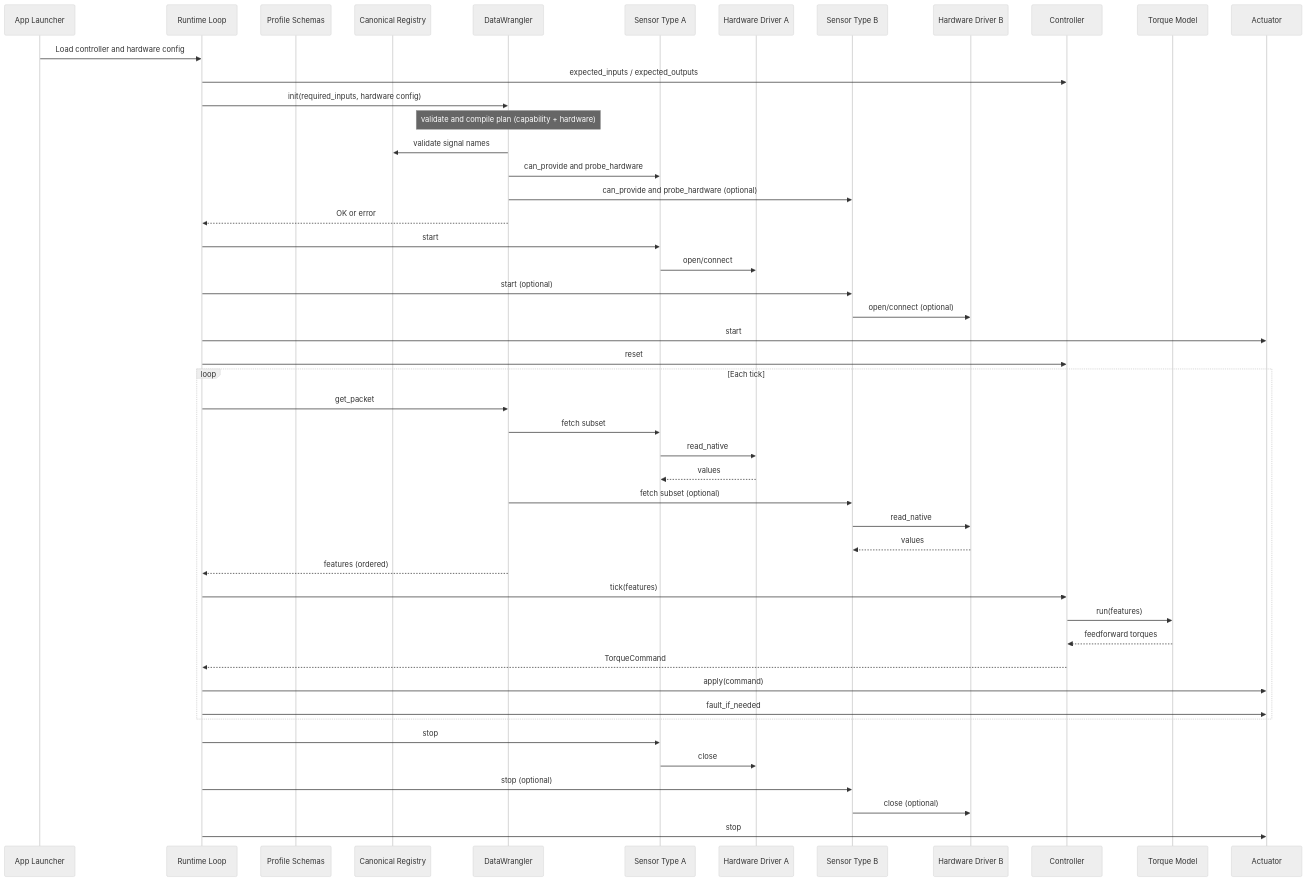
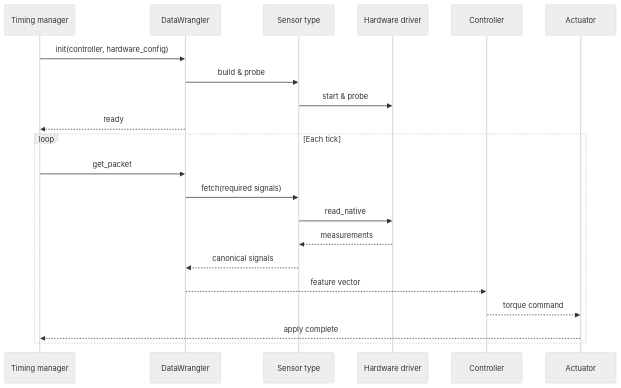
The fifth of 7 diagrams in docs/architecture.md (jmontp/raspberry-pi-controller-runtime), drawn with Mermaid (neutral theme) before and after one commit. The commit also changed other lines of this file, not shown here.

Commit message:
docs: document timing manager in architecture flow

````diff
--- a/docs/architecture.md
+++ b/docs/architecture.md
@@ -178,56 +187,25 @@
 ```mermaid
 sequenceDiagram
-    participant App as App Launcher
-    participant Runtime as Runtime Loop
-    participant Profile as Profile Schemas
-    participant Registry as Canonical Registry
+    participant Timing as Timing manager
     participant Wrangler as DataWrangler
-    participant SensorA as Sensor Type A
-    participant DriverA as Hardware Driver A
-    participant SensorB as Sensor Type B
-    participant DriverB as Hardware Driver B
-    participant Ctl as Controller
-    participant Model as Torque Model
-    participant Act as Actuator
+    participant Sensor as Sensor type
+    participant Driver as Hardware driver
+    participant Controller as Controller
+    participant Actuator as Actuator
 
-    App->>Runtime: Load controller and hardware config
-    Runtime->>Ctl: expected_inputs / expected_outputs
-    Runtime->>Wrangler: init(required_inputs, hardware config)
-
-    Note over Wrangler: validate and compile plan (capability + hardware)
-    Wrangler->>Registry: validate signal names
-    Wrangler->>SensorA: can_provide and probe_hardware
-    Wrangler->>SensorB: can_provide and probe_hardware (optional)
-    Wrangler-->>Runtime: OK or error
-
-    Runtime->>SensorA: start
-    SensorA->>DriverA: open/connect
-    Runtime->>SensorB: start (optional)
-    SensorB->>DriverB: open/connect (optional)
-    Runtime->>Act: start
-    Runtime->>Ctl: reset
+    Timing->>Wrangler: init(controller, hardware_config)
+    Wrangler->>Sensor: build & probe
+    Sensor->>Driver: start & probe
+    Wrangler-->>Timing: ready
 
     loop Each tick
-        Runtime->>Wrangler: get_packet
-        Wrangler->>SensorA: fetch subset
-        SensorA->>DriverA: read_native
-        DriverA-->>SensorA: values
-        Wrangler->>SensorB: fetch subset (optional)
-        SensorB->>DriverB: read_native
-        DriverB-->>SensorB: values
-        Wrangler-->>Runtime: features (ordered)
-
-        Runtime->>Ctl: tick(features)
-        Ctl->>Model: run(features)
-        Model-->>Ctl: feedforward torques
-        Ctl-->>Runtime: TorqueCommand
-        Runtime->>Act: apply(command)
-        Runtime->>Act: fault_if_needed
+        Timing->>Wrangler: get_packet
+        Wrangler->>Sensor: fetch(required signals)
+        Sensor->>Driver: read_native
+        Driver-->>Sensor: measurements
+        Sensor-->>Wrangler: canonical signals
+        Wrangler-->>Controller: feature vector
+        Controller-->>Actuator: torque command
+        Actuator-->>Timing: apply complete
     end
-
-    Runtime->>SensorA: stop
-    SensorA->>DriverA: close
-    Runtime->>SensorB: stop (optional)
-    SensorB->>DriverB: close (optional)
-    Runtime->>Act: stop
 ```
````
